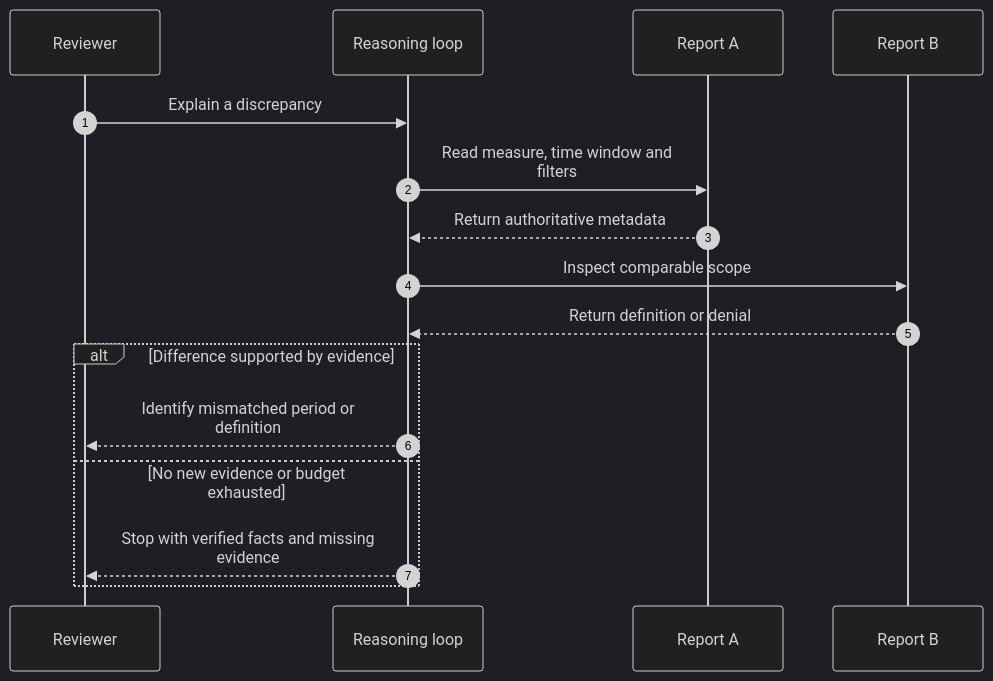
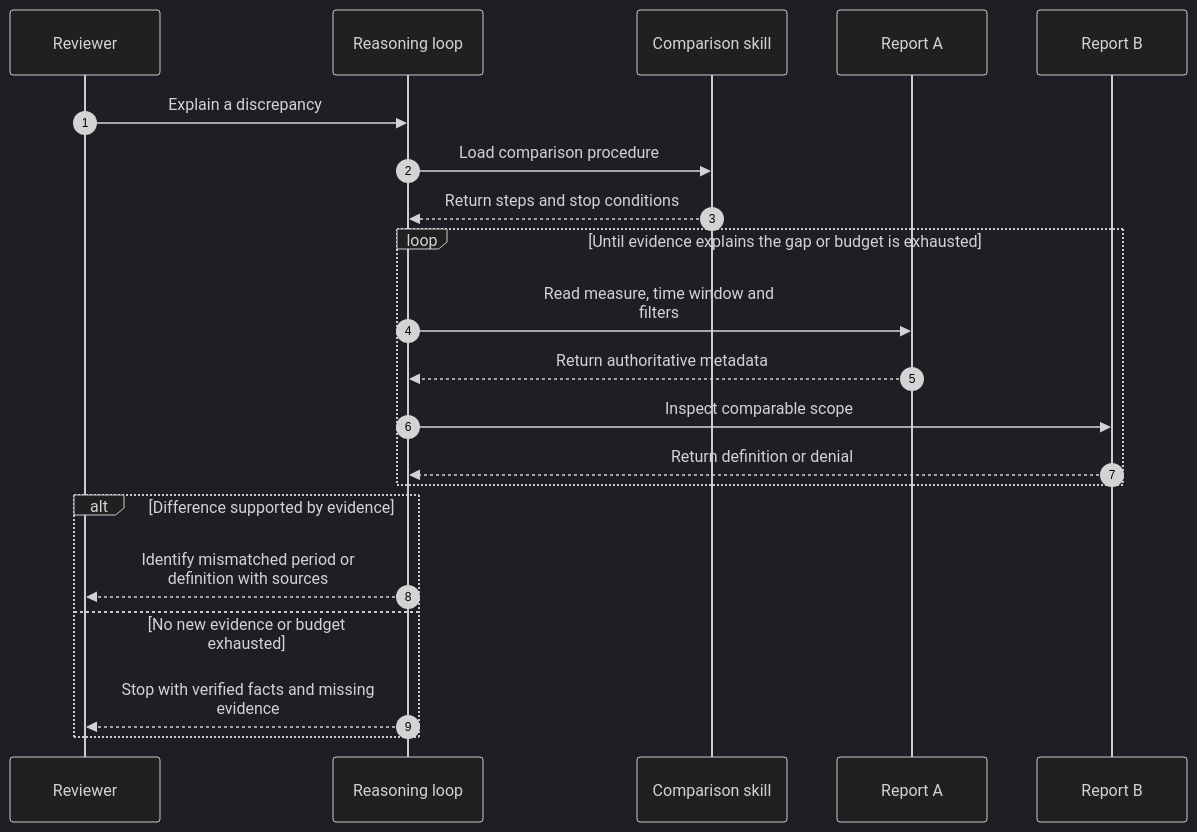
One commit to abhishek-ai-enabler/copilotstudio-architecture-patterns changed the second of 2 diagrams in decision-patterns/copilot-reasoning-loop.md. Above: the diagram before and after it, drawn with Mermaid (dark theme). The commit also changed 41 other files, not shown here.

First line of the commit message:
Review diagrams: add return paths and fix flow accuracy

````diff
--- a/decision-patterns/copilot-reasoning-loop.md
+++ b/decision-patterns/copilot-reasoning-loop.md
@@ -33,19 +33,24 @@
 ```mermaid
 sequenceDiagram
     accTitle: Microsoft Copilot harness: reason, act and inspect results - technical flow
     autonumber
     participant U as Reviewer
     participant A as Reasoning loop
+    participant S as Comparison skill
     participant X as Report A
     participant Y as Report B
     U->>A: Explain a discrepancy
-    A->>X: Read measure, time window and<br/>filters
-    X-->>A: Return authoritative metadata
-    A->>Y: Inspect comparable scope
-    Y-->>A: Return definition or denial
+    A->>S: Load comparison procedure
+    S-->>A: Return steps and stop conditions
+    loop Until evidence explains the gap or budget is exhausted
+      A->>X: Read measure, time window and<br/>filters
+      X-->>A: Return authoritative metadata
+      A->>Y: Inspect comparable scope
+      Y-->>A: Return definition or denial
+    end
     alt Difference supported by evidence
-        A-->>U: Identify mismatched period or<br/>definition
+      A-->>U: Identify mismatched period or<br/>definition with sources
     else No new evidence or budget exhausted
-        A-->>U: Stop with verified facts and missing<br/>evidence
+      A-->>U: Stop with verified facts and missing<br/>evidence
     end
 ```
````
